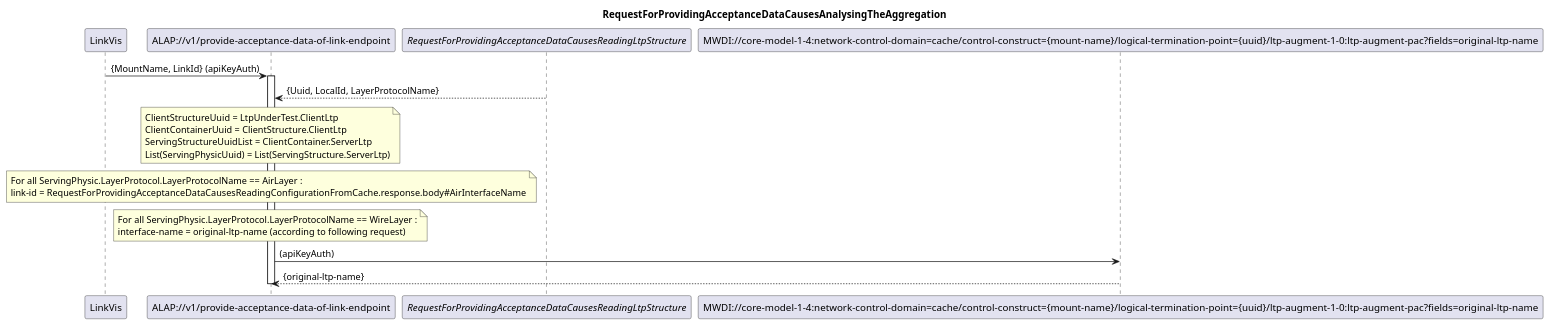
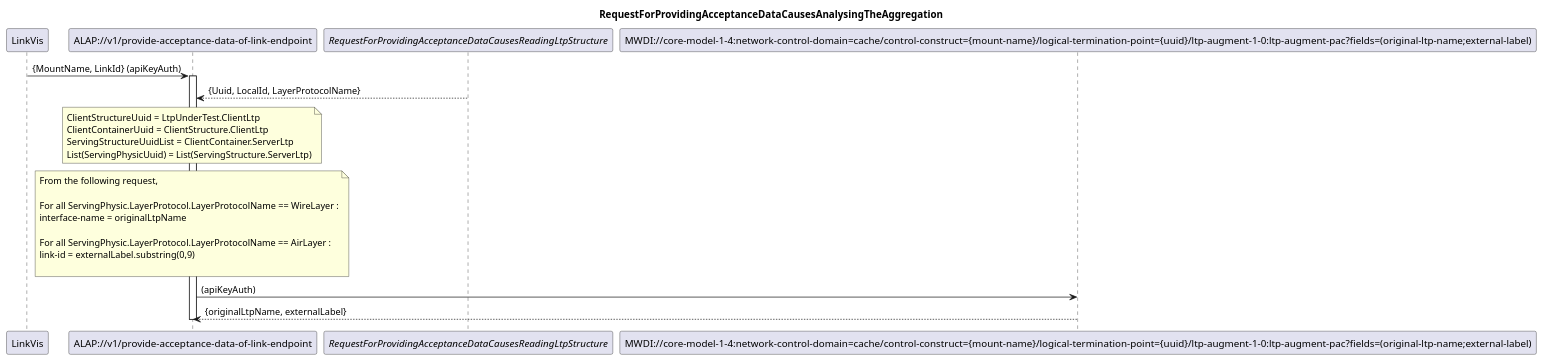
One commit to openBackhaul/AccessPlanningToolProxy changed the diagram in spec/diagrams/115_AnalysingAggregation.plantuml. Above: the diagram before and after it, drawn with PlantUML. The commit also changed 8 other files, not shown here.

First line of the commit message:
Replace airInterfaceName by externalLabel (#166)

```diff
--- a/spec/diagrams/115_AnalysingAggregation.plantuml
+++ b/spec/diagrams/115_AnalysingAggregation.plantuml
@@ -1,40 +1,42 @@
 @startuml 115_AnalysingAggregation
 skinparam responseMessageBelowArrow true
 
 title
 RequestForProvidingAcceptanceDataCausesAnalysingTheAggregation
 end title
 
 participant "LinkVis" as LinkVis
 participant "ALAP://v1/provide-acceptance-data-of-link-endpoint" as ALAP
 participant "<i>RequestForProvidingAcceptanceDataCausesReadingLtpStructure</i>" as LTPs
-participant "MWDI://core-model-1-4:network-control-domain=cache/control-construct={mount-name}/logical-termination-point={uuid}/ltp-augment-1-0:ltp-augment-pac?fields=original-ltp-name" as WireInterfaceName
+participant "MWDI://core-model-1-4:network-control-domain=cache/control-construct={mount-name}/logical-termination-point={uuid}/ltp-augment-1-0:ltp-augment-pac?fields=(original-ltp-name;external-label)" as LtpDesignation
 
 LinkVis -> ALAP: {MountName, LinkId} (apiKeyAuth)
 activate ALAP
 
 LTPs --> ALAP: {Uuid, LocalId, LayerProtocolName}
 
 note over ALAP
 ClientStructureUuid = LtpUnderTest.ClientLtp
 ClientContainerUuid = ClientStructure.ClientLtp
 ServingStructureUuidList = ClientContainer.ServerLtp
 List(ServingPhysicUuid) = List(ServingStructure.ServerLtp)
 end note
 
 note over ALAP
+From the following request,
+
+For all ServingPhysic.LayerProtocol.LayerProtocolName == WireLayer :
+interface-name = originalLtpName 
+
 For all ServingPhysic.LayerProtocol.LayerProtocolName == AirLayer :
-link-id = RequestForProvidingAcceptanceDataCausesReadingConfigurationFromCache.response.body#AirInterfaceName
+link-id = externalLabel.substring(0,9)
+
 end note
 
-note over ALAP
-For all ServingPhysic.LayerProtocol.LayerProtocolName == WireLayer :
-interface-name = original-ltp-name (according to following request)
-end note
 
-ALAP -> WireInterfaceName: (apiKeyAuth)
-WireInterfaceName --> ALAP: {original-ltp-name}
+ALAP -> LtpDesignation: (apiKeyAuth)
+LtpDesignation --> ALAP: {originalLtpName, externalLabel}
 
 deactivate ALAP
 
 @enduml
```
